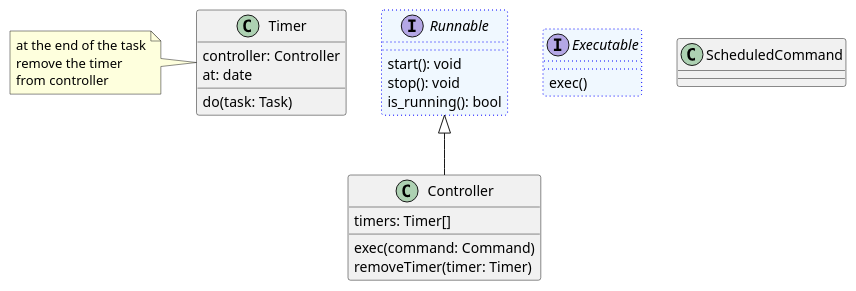
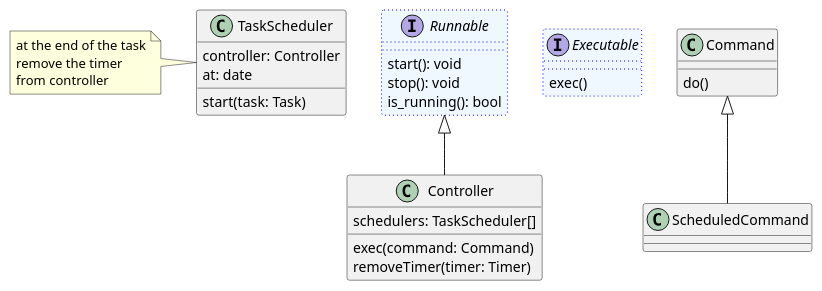
Before and after one commit to saratoga8/motion_notifier: the diagram in docs/classes/scheduler.puml, drawn with PlantUML. The commit also changed 2 other files, not shown here.

```diff
--- a/docs/classes/scheduler.puml
+++ b/docs/classes/scheduler.puml
@@ -1,35 +1,40 @@
 @startuml
 'https://plantuml.com/class-diagram
 
 class Controller {
-   timers: Timer[]
+   schedulers: TaskScheduler[]
    exec(command: Command)
    removeTimer(timer: Timer)
 }
 
 
 interface Runnable #aliceblue ##[dotted]blue {
    start(): void
    stop(): void
    is_running(): bool
 }
 
 Runnable <|-- Controller
 
-class Timer {
+class TaskScheduler {
    controller: Controller
    at: date
-   do(task: Task)
+   start(task: Task)
 }
 note left: at the end of the task\nremove the timer\nfrom controller
 
 
 interface Executable #aliceblue ##[dotted]blue {
    exec()
 }
 
-class ScheduledCommand {
-
+class Command {
+   do()
 }
 
+class ScheduledCommand {
+}
+
+Command <|--ScheduledCommand
+
 @enduml
```
